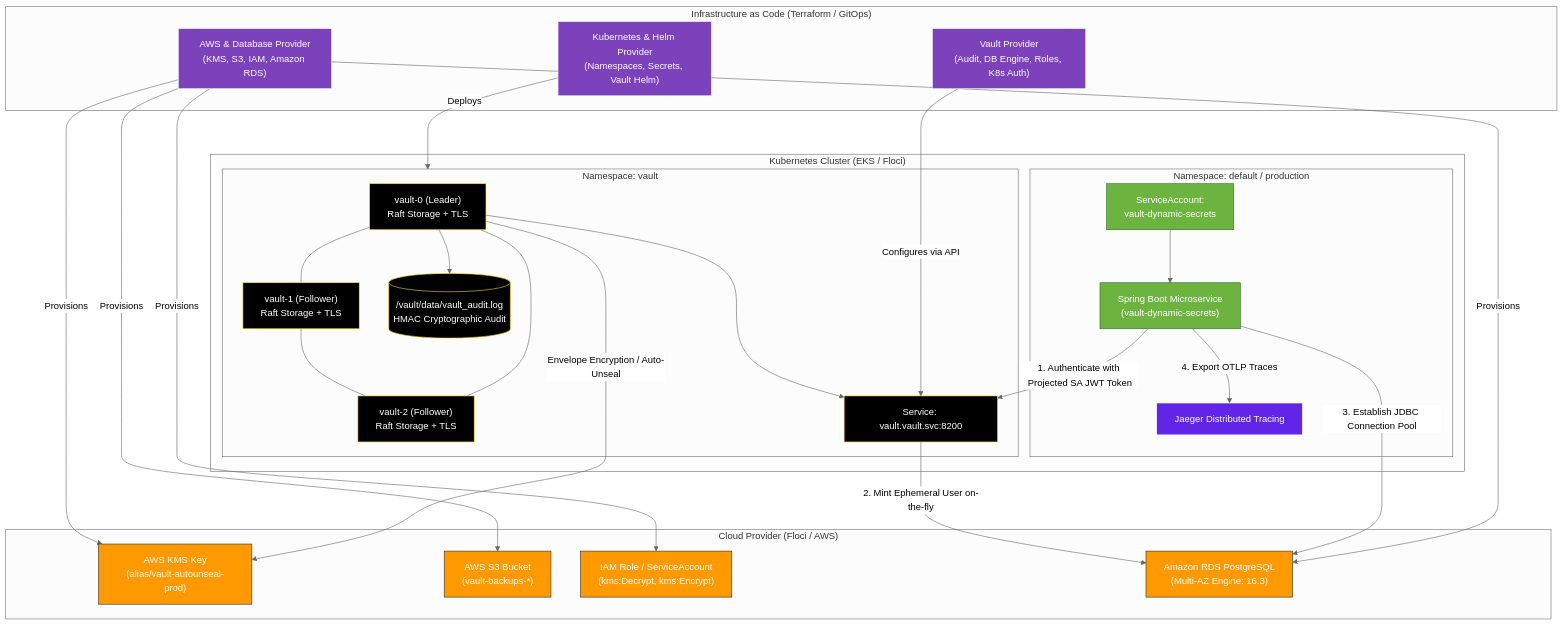
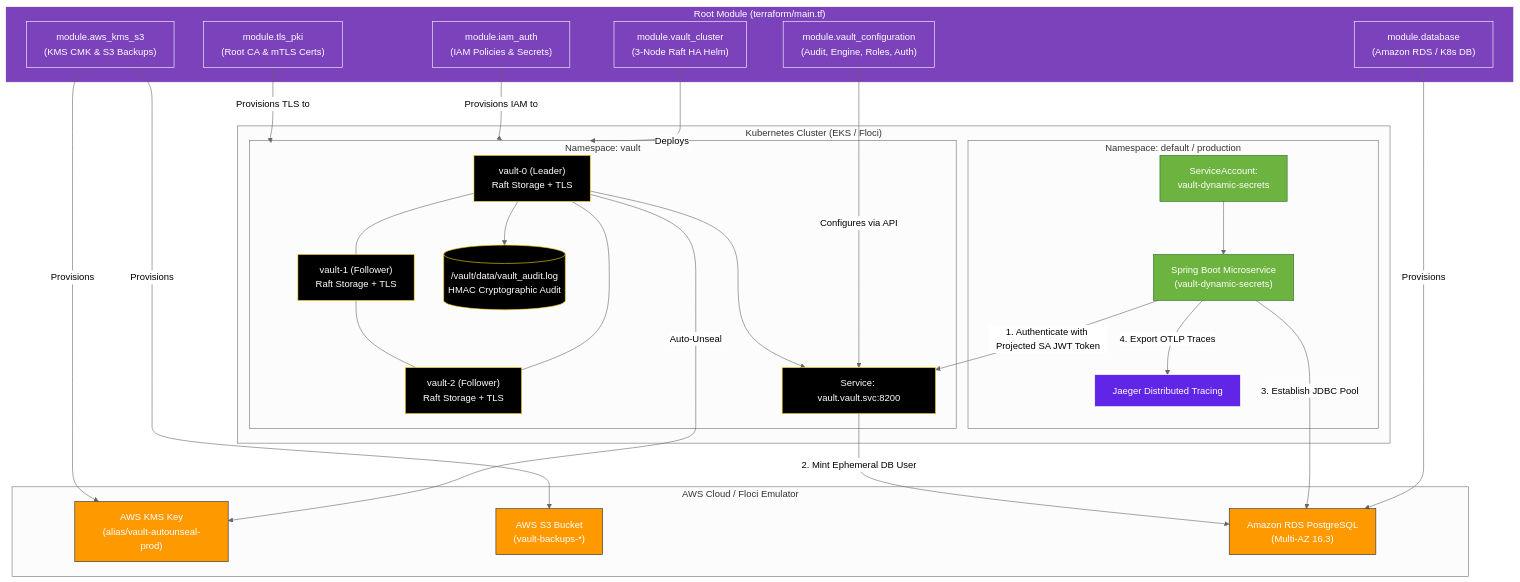
The diagram in docs/production-terraform-setup.md (kirankumarhm/vault-dynamic-secrets), drawn with Mermaid (neutral theme) before and after one commit. The commit also changed other lines of this file and 22 other files, not shown here.

Commit message:
refactor: convert Terraform infrastructure to modular architecture (modules/aws_kms_s3, iam_auth, tls_pki, database, vault_cluster, vault_configuration)

````diff
--- a/docs/production-terraform-setup.md
+++ b/docs/production-terraform-setup.md
@@ -16,65 +16,67 @@
 ```mermaid
 graph TB
-    subgraph IaC["Infrastructure as Code (Terraform / GitOps)"]
-        TF_AWS["AWS & Database Provider<br/>(KMS, S3, IAM, Amazon RDS)"]
-        TF_K8S["Kubernetes & Helm Provider<br/>(Namespaces, Secrets, Vault Helm)"]
-        TF_VAULT["Vault Provider<br/>(Audit, DB Engine, Roles, K8s Auth)"]
+    subgraph Root["Root Module (terraform/main.tf)"]
+        M1["module.aws_kms_s3<br/>(KMS CMK & S3 Backups)"]
+        M2["module.tls_pki<br/>(Root CA & mTLS Certs)"]
+        M3["module.iam_auth<br/>(IAM Policies & Secrets)"]
+        M4["module.database<br/>(Amazon RDS / K8s DB)"]
+        M5["module.vault_cluster<br/>(3-Node Raft HA Helm)"]
+        M6["module.vault_configuration<br/>(Audit, Engine, Roles, Auth)"]
     end
 
-    subgraph AWS_Layer["Cloud Provider (Floci / AWS)"]
+    subgraph AWS_Cloud["AWS Cloud / Floci Emulator"]
         KMS["AWS KMS Key<br/>(alias/vault-autounseal-prod)"]
         S3["AWS S3 Bucket<br/>(vault-backups-*)"]
-        IAM["IAM Role / ServiceAccount<br/>(kms:Decrypt, kms:Encrypt)"]
-        RDS["Amazon RDS PostgreSQL<br/>(Multi-AZ Engine: 16.3)"]
+        RDS["Amazon RDS PostgreSQL<br/>(Multi-AZ 16.3)"]
     end
 
     subgraph K8s_Cluster["Kubernetes Cluster (EKS / Floci)"]
         subgraph Vault_NS["Namespace: vault"]
             V0["vault-0 (Leader)<br/>Raft Storage + TLS"]
             V1["vault-1 (Follower)<br/>Raft Storage + TLS"]
             V2["vault-2 (Follower)<br/>Raft Storage + TLS"]
             VSVC["Service: vault.vault.svc:8200"]
             AuditLog[("/vault/data/vault_audit.log<br/>HMAC Cryptographic Audit")]
 
             V0 --- V1
             V1 --- V2
             V2 --- V0
             V0 --> VSVC
             V0 --> AuditLog
         end
 
         subgraph App_NS["Namespace: default / production"]
             SA["ServiceAccount:<br/>vault-dynamic-secrets"]
             App["Spring Boot Microservice<br/>(vault-dynamic-secrets)"]
             Jaeger["Jaeger Distributed Tracing"]
 
             SA --> App
             App -->|1. Authenticate with Projected SA JWT Token| VSVC
-            VSVC -->|2. Mint Ephemeral User on-the-fly| RDS
-            App -->|3. Establish JDBC Connection Pool| RDS
+            VSVC -->|2. Mint Ephemeral DB User| RDS
+            App -->|3. Establish JDBC Pool| RDS
             App -->|4. Export OTLP Traces| Jaeger
         end
     end
 
-    TF_AWS -->|Provisions| KMS
-    TF_AWS -->|Provisions| S3
-    TF_AWS -->|Provisions| IAM
-    TF_AWS -->|Provisions| RDS
-    TF_K8S -->|Deploys| Vault_NS
-    TF_VAULT -->|Configures via API| VSVC
-    V0 -->|Envelope Encryption / Auto-Unseal| KMS
+    M1 -->|Provisions| KMS
+    M1 -->|Provisions| S3
+    M4 -->|Provisions| RDS
+    M2 -->|Provisions TLS to| Vault_NS
+    M3 -->|Provisions IAM to| Vault_NS
+    M5 -->|Deploys| Vault_NS
+    M6 -->|Configures via API| VSVC
+    V0 -->|Auto-Unseal| KMS
 
     classDef tf fill:#7b42bc,stroke:#fff,color:#fff
     classDef aws fill:#ff9900,stroke:#232f3e,color:#fff
     classDef vault fill:#000,stroke:#ffd814,color:#fff
     classDef k8s fill:#326ce5,stroke:#fff,color:#fff
     classDef app fill:#6db33f,stroke:#2b6b2b,color:#fff
-    classDef pg fill:#336791,stroke:#1b3a54,color:#fff
     classDef obs fill:#6025e6,stroke:#fff,color:#fff
 
-    class TF_AWS,TF_K8S,TF_VAULT tf
-    class KMS,S3,IAM,RDS aws
+    class M1,M2,M3,M4,M5,M6,Root tf
+    class KMS,S3,RDS aws
     class V0,V1,V2,VSVC,AuditLog vault
     class App,SA app
     class Jaeger obs
 ```
````
